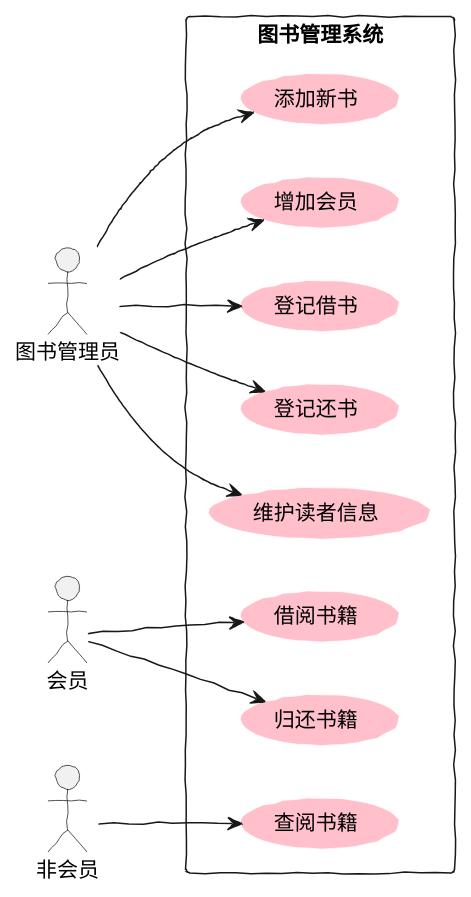
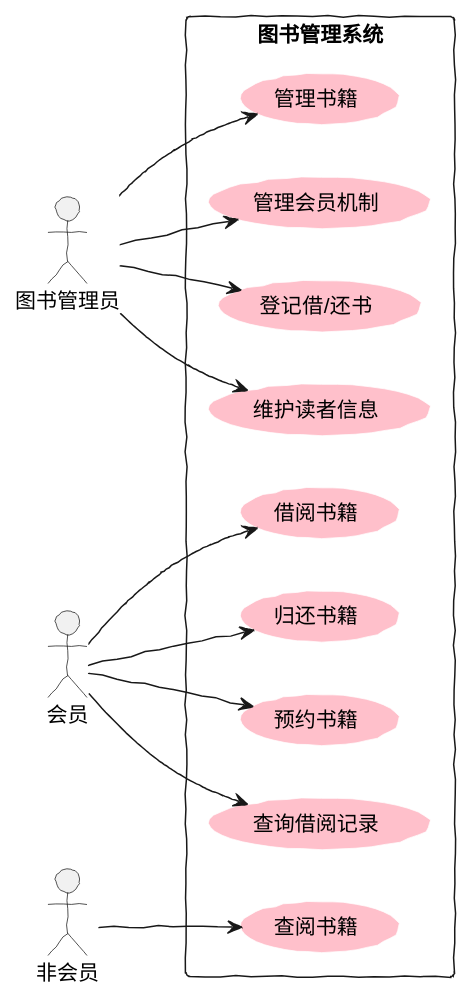
Before and after one commit to ccm1314/is_analysis-9: the diagram in test2/src/bookManageSystem.puml, drawn with PlantUML. The commit also changed 6 other files, not shown here.

```diff
--- a/test2/src/bookManageSystem.puml
+++ b/test2/src/bookManageSystem.puml
@@ -1,21 +1,22 @@
 @startuml
 left to right direction
 skinparam handwritten true
 skinparam usecase{
     BackgroundColor pink
     BorderColor pastel blue
 }
 图书管理员 as admin
 会员 as vip
 非会员 as nvip
 rectangle 图书管理系统{
-    admin --> (添加新书)
-    admin --> (增加会员)
-    admin --> (登记借书)
-    admin --> (登记还书)
+    admin --> (管理书籍)
+    admin --> (管理会员机制)
+    admin --> (登记借/还书)
     admin --> (维护读者信息)
     vip --> (借阅书籍)
     vip --> (归还书籍)
+    vip --> (预约书籍)
+    vip --> (查询借阅记录)
     nvip --> (查阅书籍)
 }
 @enduml
```
